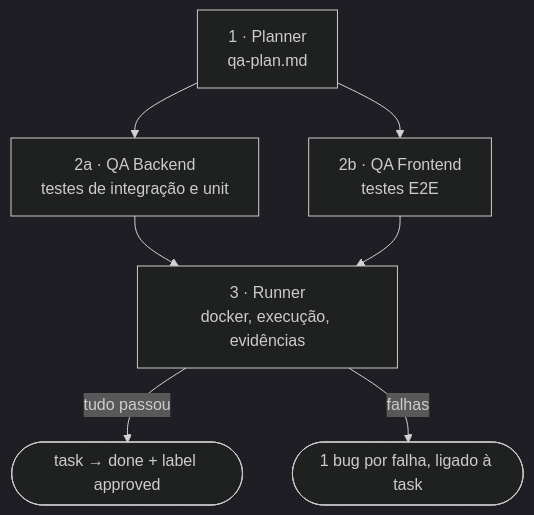
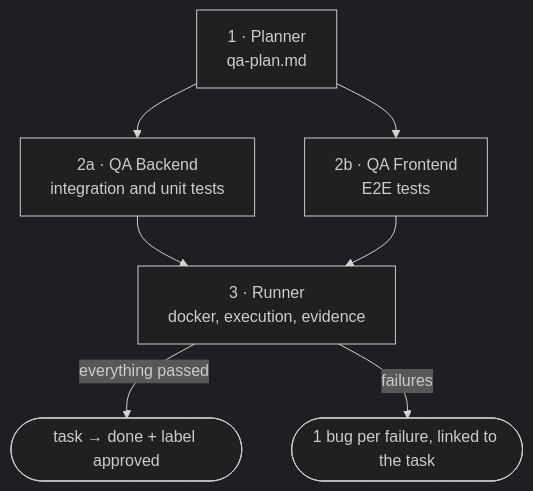
One commit to correaschneider/ai-factory changed the diagram in docs/factories/qa.md. Above: the diagram before and after it, drawn with Mermaid (dark theme). The commit also changed other lines of this file and 49 other files, not shown here.

````diff
--- a/docs/factories/qa.md
+++ b/docs/factories/qa.md
@@ -13,9 +13,9 @@
 ```mermaid
 flowchart TD
-    P[1 · Planner<br/>qa-plan.md] --> B[2a · QA Backend<br/>testes de integração e unit]
-    P --> F[2b · QA Frontend<br/>testes E2E]
-    B --> R[3 · Runner<br/>docker, execução, evidências]
+    P[1 · Planner<br/>qa-plan.md] --> B[2a · QA Backend<br/>integration and unit tests]
+    P --> F[2b · QA Frontend<br/>E2E tests]
+    B --> R[3 · Runner<br/>docker, execution, evidence]
     F --> R
-    R -->|tudo passou| D([task → done + label approved])
-    R -->|falhas| G([1 bug por falha, ligado à task])
+    R -->|everything passed| D([task → done + label approved])
+    R -->|failures| G([1 bug per failure, linked to the task])
 ```
````
